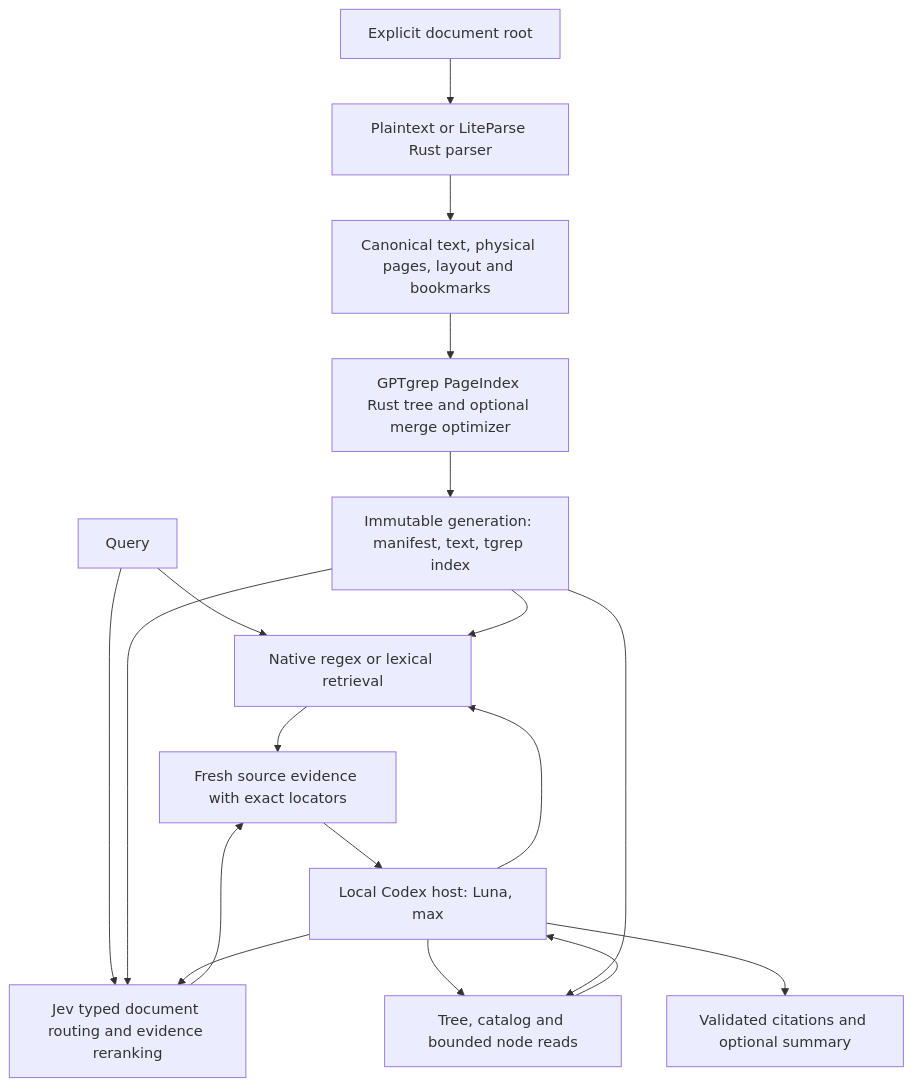
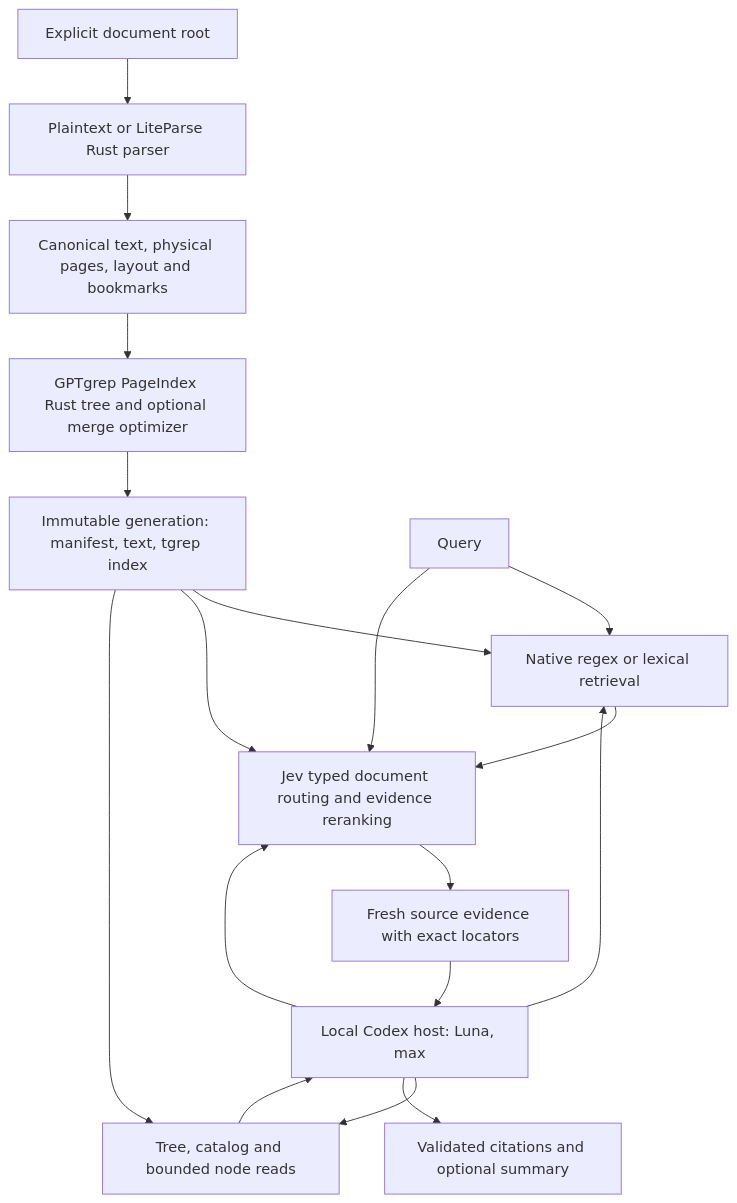
One commit to CelHive-AI/gptgrep changed the diagram in docs/architecture.md. Above: the diagram before and after it, drawn with Mermaid. The commit also changed other lines of this file and 44 other files, not shown here.

````diff
--- a/docs/architecture.md
+++ b/docs/architecture.md
@@ -9,20 +11,20 @@
 ```mermaid
 flowchart TD
   A[Explicit document root] --> B[Plaintext or LiteParse Rust parser]
   B --> C[Canonical text, physical pages, layout and bookmarks]
   C --> D[GPTgrep PageIndex Rust tree and optional merge optimizer]
   D --> E[Immutable generation: manifest, text, tgrep index]
   Q[Query] --> F[Native regex or lexical retrieval]
   E --> F
   Q --> G[Jev typed document routing and evidence reranking]
   E --> G
-  F --> H[Fresh source evidence with exact locators]
-  G --> H
+  F --> G
+  G --> H[Fresh source evidence with exact locators]
   I[Local Codex host: Luna, max] --> F
   I --> G
   I --> J[Tree, catalog and bounded node reads]
   E --> J
   H --> I
   J --> I
   I --> K[Validated citations and optional summary]
 ```
````
